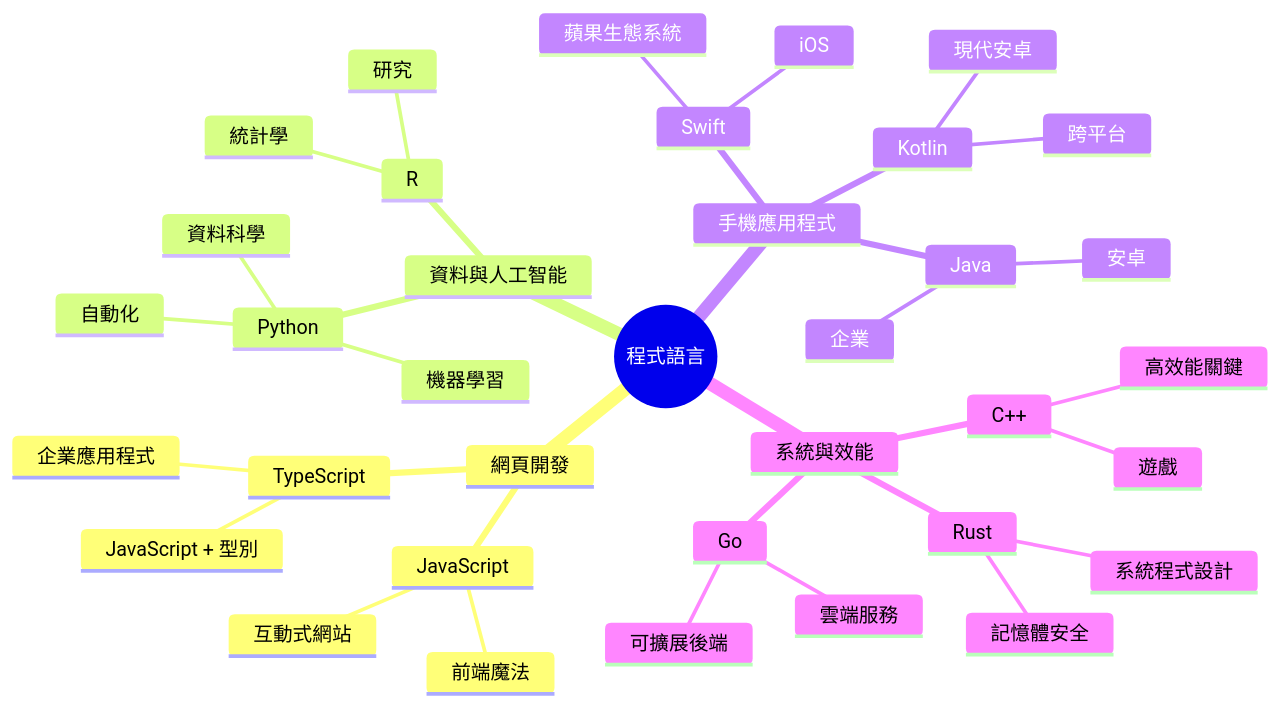
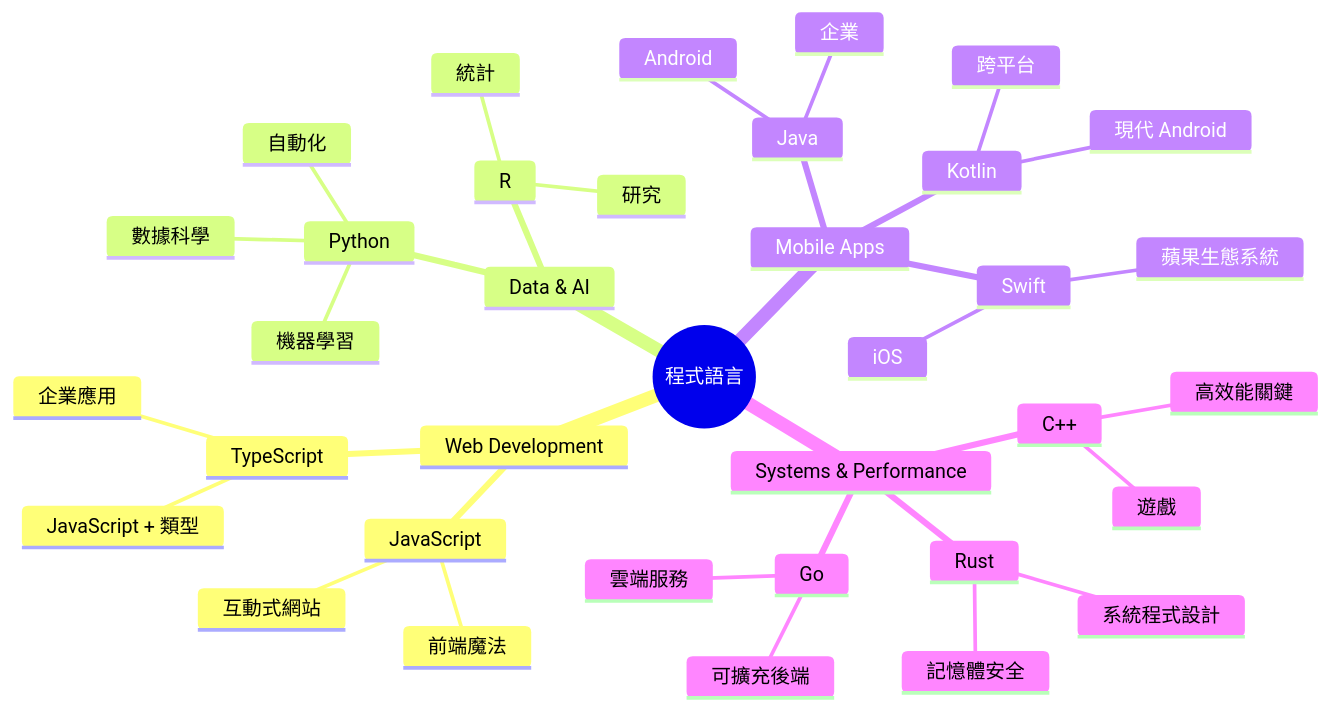
The second of 7 diagrams in translations/zh-MO/1-getting-started-lessons/1-intro-to-programming-languages/README.md (microsoft/Web-Dev-For-Beginners), drawn with Mermaid before and after one commit. The commit also changed other lines of this file and 8 other files, not shown here.

````diff
--- a/translations/zh-MO/1-getting-started-lessons/1-intro-to-programming-languages/README.md
+++ b/translations/zh-MO/1-getting-started-lessons/1-intro-to-programming-languages/README.md
@@ -85,39 +85,39 @@
 ```mermaid
 mindmap
   root((程式語言))
-    網頁開發
+    Web Development
       JavaScript
         前端魔法
         互動式網站
       TypeScript
-        JavaScript + 型別
-        企業應用程式
-    資料與人工智能
+        JavaScript + 類型
+        企業應用
+    Data & AI
       Python
-        資料科學
+        數據科學
         機器學習
         自動化
       R
-        統計學
+        統計
         研究
-    手機應用程式
+    Mobile Apps
       Java
-        安卓
+        Android
         企業
       Swift
         iOS
         蘋果生態系統
       Kotlin
-        現代安卓
+        現代 Android
         跨平台
-    系統與效能
+    Systems & Performance
       C++
         遊戲
         高效能關鍵
       Rust
         記憶體安全
         系統程式設計
       Go
         雲端服務
-        可擴展後端
+        可擴充後端
 ```
````
